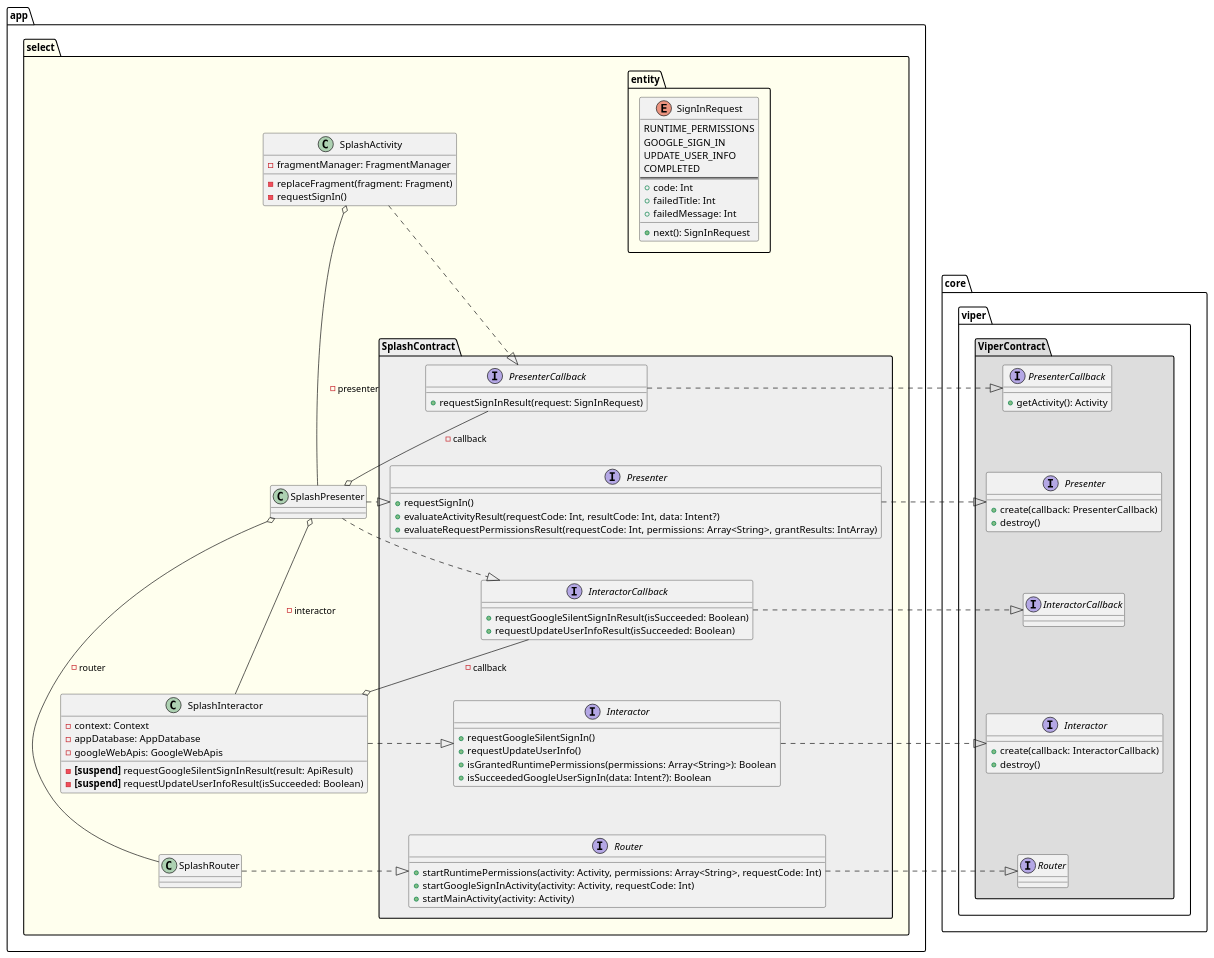
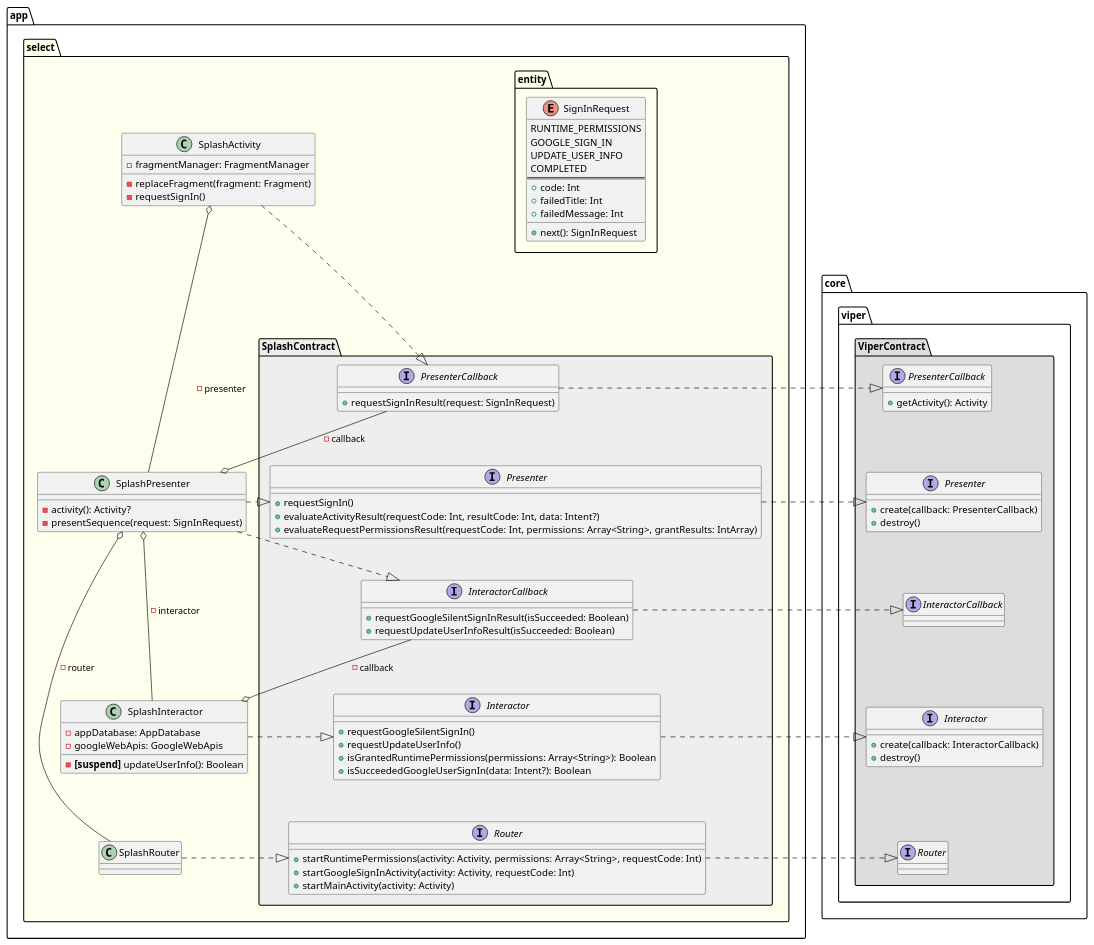
Before and after one commit to sallyluenoa/PhotoSlideShow: the diagram in uml/splash/class_diagram_splash_viper.md, drawn with PlantUML. The commit also changed 18 other files, not shown here.

First line of the commit message:
Write UML for design #13

```diff
--- a/uml/splash/class_diagram_splash_viper.md
+++ b/uml/splash/class_diagram_splash_viper.md
@@ -73,13 +73,14 @@
     - replaceFragment(fragment: Fragment)
     - requestSignIn()
   }
-  class SplashPresenter
+  class SplashPresenter {
+    - activity(): Activity?
+    - presentSequence(request: SignInRequest)
+  }
   class SplashInteractor {
-    - context: Context
     - appDatabase: AppDatabase
     - googleWebApis: GoogleWebApis
-    - <b>[suspend]</b> requestGoogleSilentSignInResult(result: ApiResult)
-    - <b>[suspend]</b> requestUpdateUserInfoResult(isSucceeded: Boolean)
+    - <b>[suspend]</b> updateUserInfo(): Boolean
   }
   class SplashRouter
 
```
